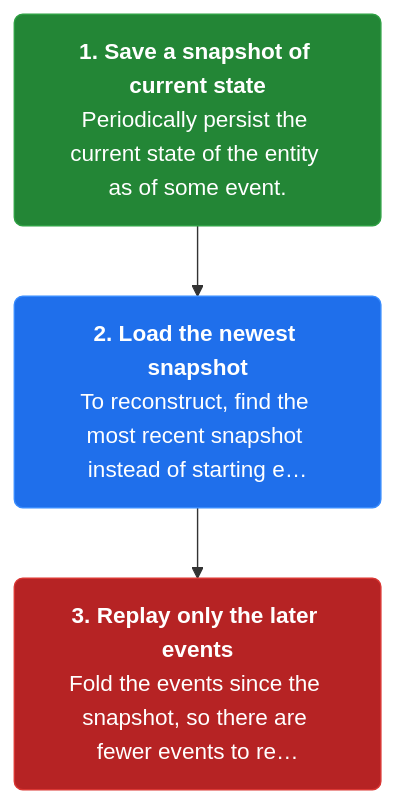
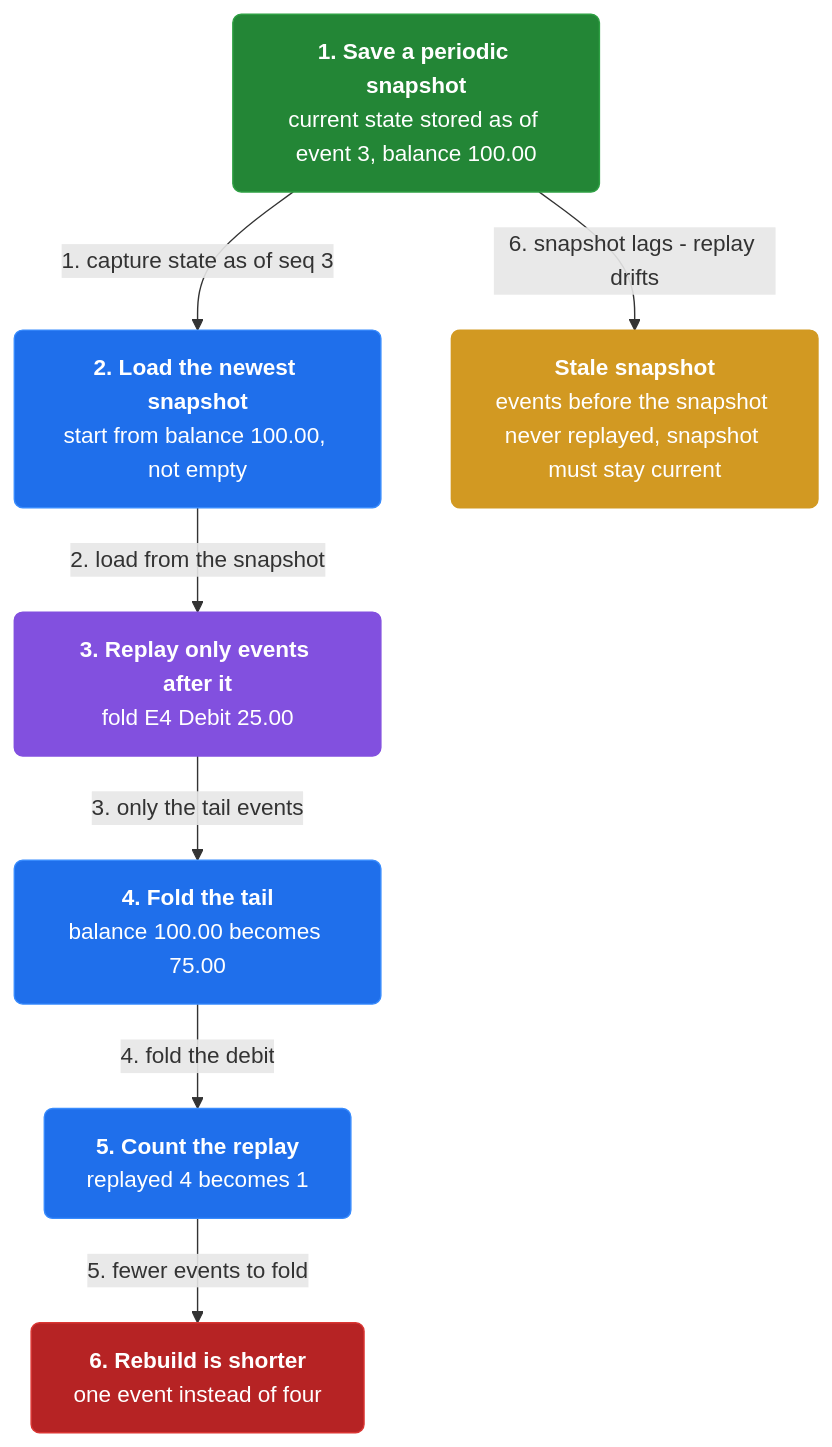
The third of 4 diagrams in docs/ch19-event-sourcing.md (vinayakuber/microservices-io-study-guide), drawn with Mermaid before and after one commit. The commit also changed other lines of this file and 46 other files, not shown here.

First line of the commit message:
Author rich branching flow diagrams for all 44 chapters

````diff
--- a/docs/ch19-event-sourcing.md
+++ b/docs/ch19-event-sourcing.md
@@ -93,11 +113,21 @@
 ```mermaid
 flowchart TD
-  classDef step fill:#1f6feb,color:#ffffff,stroke:#388bfd,stroke-width:1px,rx:6
+  classDef step fill:#1f6feb,color:#ffffff,stroke:#388bfd,rx:6
+  classDef core fill:#8250df,color:#ffffff,stroke:#8250df,rx:6
+  classDef warn fill:#d29922,color:#ffffff,stroke:#d29922,rx:6
   classDef start fill:#238636,color:#ffffff,stroke:#2ea043,rx:6
   classDef stop fill:#b62324,color:#ffffff,stroke:#da3633,rx:6
-  s2n0["<b>1. Save a snapshot of current state</b><br/>Periodically persist the current state of the entity as of some event."]:::start
-  s2n1["<b>2. Load the newest snapshot</b><br/>To reconstruct, find the most recent snapshot instead of starting e…"]:::step
-  s2n2["<b>3. Replay only the later events</b><br/>Fold the events since the snapshot, so there are fewer events to re…"]:::stop
-  s2n0 --> s2n1
-  s2n1 --> s2n2
+  n0["<b>1. Save a periodic snapshot</b><br/>current state stored as of event 3, balance 100.00"]:::start
+  n1["<b>2. Load the newest snapshot</b><br/>start from balance 100.00, not empty"]:::step
+  n2["<b>3. Replay only events after it</b><br/>fold E4 Debit 25.00"]:::core
+  n3["<b>4. Fold the tail</b><br/>balance 100.00 becomes 75.00"]:::step
+  n4["<b>5. Count the replay</b><br/>replayed 4 becomes 1"]:::step
+  n5["<b>6. Rebuild is shorter</b><br/>one event instead of four"]:::stop
+  n6["<b>Stale snapshot</b><br/>events before the snapshot never replayed, snapshot must stay current"]:::warn
+  n0 -->|"1. capture state as of seq 3"| n1
+  n1 -->|"2. load from the snapshot"| n2
+  n2 -->|"3. only the tail events"| n3
+  n3 -->|"4. fold the debit"| n4
+  n4 -->|"5. fewer events to fold"| n5
+  n0 -->|"6. snapshot lags - replay drifts"| n6
 ```
````
